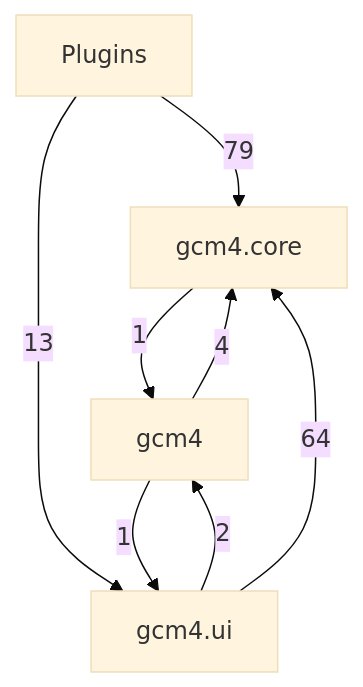
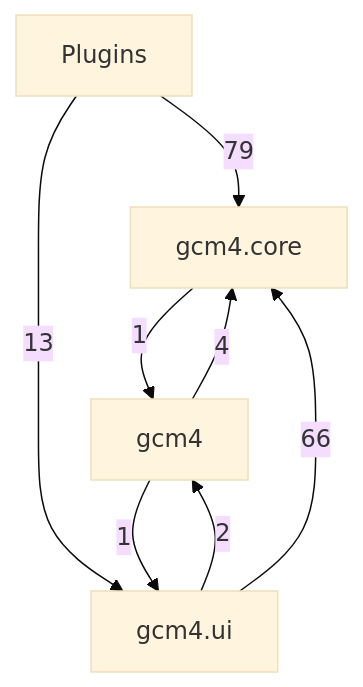
Before and after one commit to Mathilde-Team/Gcm4: the first of 5 diagrams in docs/class-diagram.md, drawn with Mermaid (base theme). The commit also changed other lines of this file and 75 other files, not shown here.

````diff
--- a/docs/class-diagram.md
+++ b/docs/class-diagram.md
@@ -21,14 +21,14 @@
 ```mermaid
 flowchart TD
     g0["Plugins"]
     g1["gcm4"]
     g2["gcm4.core"]
     g3["gcm4.ui"]
     g0 -->|79| g2
     g0 -->|13| g3
     g1 -->|4| g2
     g1 -->|1| g3
     g2 -->|1| g1
     g3 -->|2| g1
-    g3 -->|64| g2
+    g3 -->|66| g2
 ```
````
